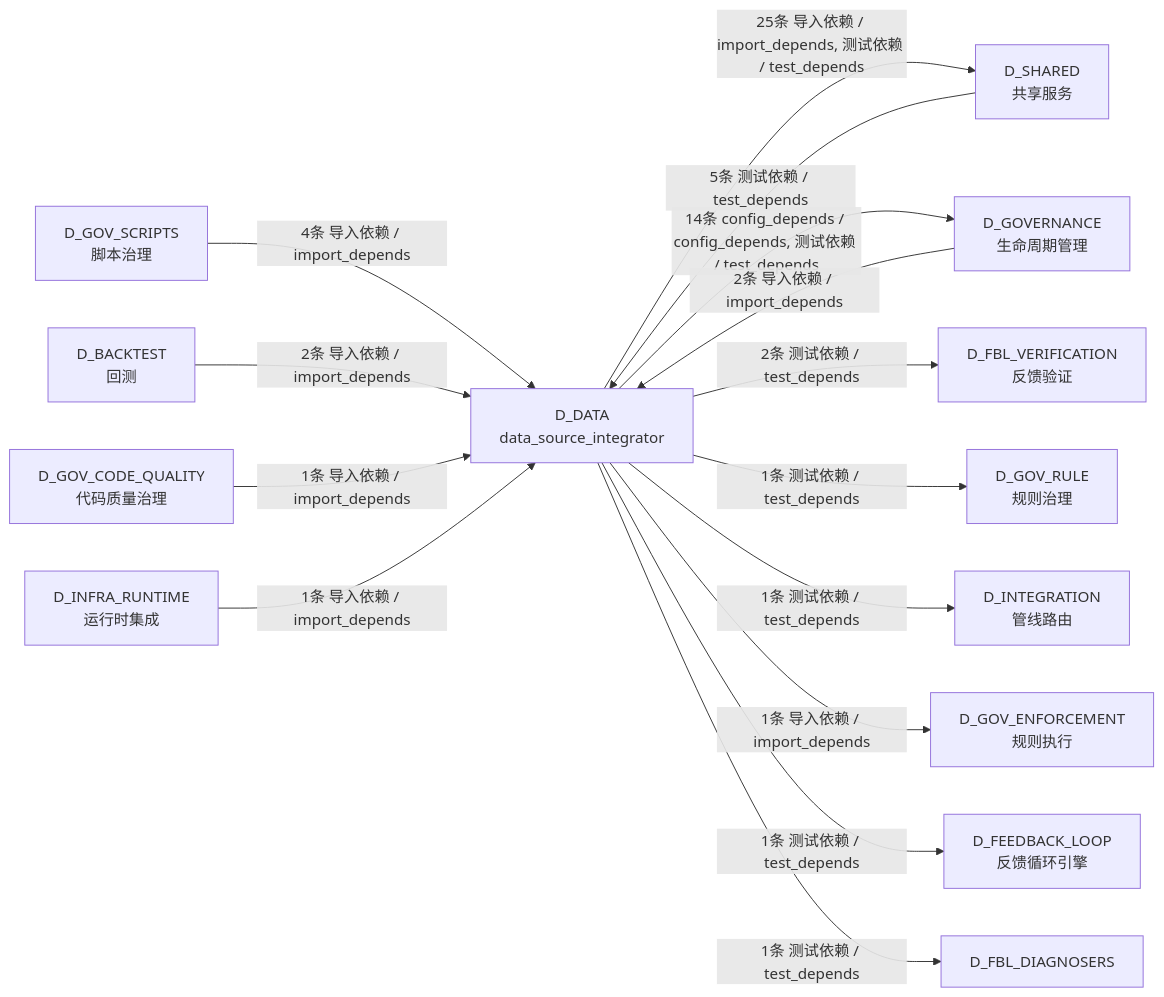
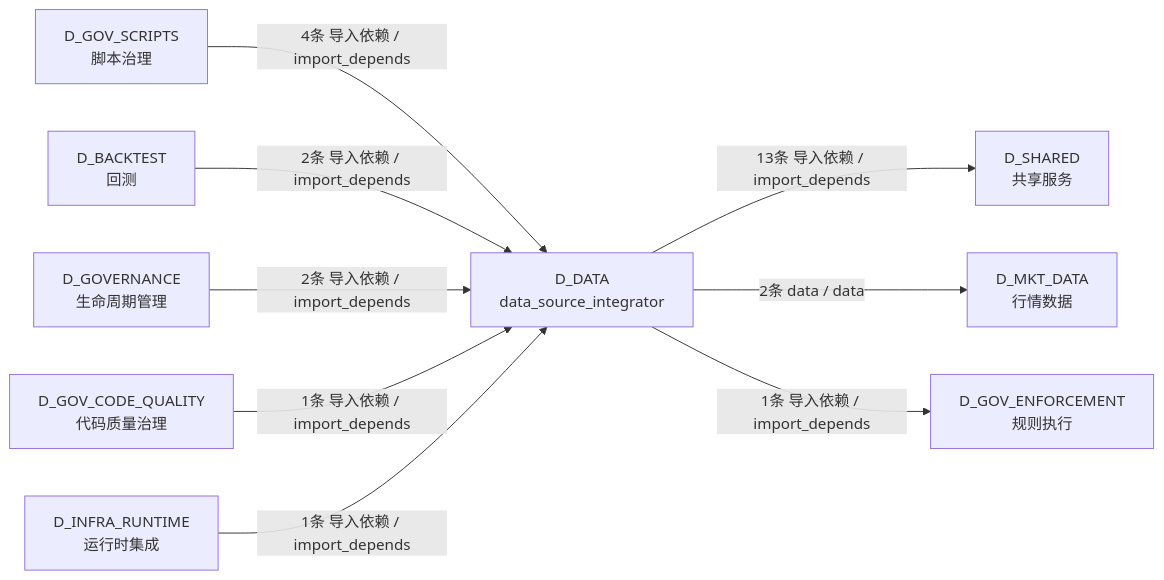
The fifth of 5 diagrams in docs/02_enterprise_architecture/02_domain_architecture_docs/61_d_data.md (xuanFelixVan/ZephyrAlpha), drawn with Mermaid before and after one commit. The commit also changed other lines of this file and 126 other files, not shown here.

````diff
--- a/docs/02_enterprise_architecture/02_domain_architecture_docs/61_d_data.md
+++ b/docs/02_enterprise_architecture/02_domain_architecture_docs/61_d_data.md
@@ -636,30 +491,20 @@
 ```mermaid
 graph LR
     D_DATA["D_DATA<br/>data_source_integrator"]
     D_SHARED["D_SHARED<br/>共享服务"]
-    D_GOVERNANCE["D_GOVERNANCE<br/>生命周期管理"]
-    D_FBL_VERIFICATION["D_FBL_VERIFICATION<br/>反馈验证"]
-    D_GOV_RULE["D_GOV_RULE<br/>规则治理"]
-    D_INTEGRATION["D_INTEGRATION<br/>管线路由"]
+    D_MKT_DATA["D_MKT_DATA<br/>行情数据"]
     D_GOV_ENFORCEMENT["D_GOV_ENFORCEMENT<br/>规则执行"]
-    D_FEEDBACK_LOOP["D_FEEDBACK_LOOP<br/>反馈循环引擎"]
-    D_FBL_DIAGNOSERS["D_FBL_DIAGNOSERS"]
     D_GOV_SCRIPTS["D_GOV_SCRIPTS<br/>脚本治理"]
     D_BACKTEST["D_BACKTEST<br/>回测"]
+    D_GOVERNANCE["D_GOVERNANCE<br/>生命周期管理"]
     D_GOV_CODE_QUALITY["D_GOV_CODE_QUALITY<br/>代码质量治理"]
     D_INFRA_RUNTIME["D_INFRA_RUNTIME<br/>运行时集成"]
-    D_DATA -->|25条 导入依赖 / import_depends, 测试依赖 / test_depends| D_SHARED
-    D_DATA -->|14条 config_depends / config_depends, 测试依赖 / test_depends| D_GOVERNANCE
-    D_DATA -->|2条 测试依赖 / test_depends| D_FBL_VERIFICATION
-    D_DATA -->|1条 测试依赖 / test_depends| D_GOV_RULE
-    D_DATA -->|1条 测试依赖 / test_depends| D_INTEGRATION
+    D_DATA -->|13条 导入依赖 / import_depends| D_SHARED
+    D_DATA -->|2条 data / data| D_MKT_DATA
     D_DATA -->|1条 导入依赖 / import_depends| D_GOV_ENFORCEMENT
-    D_DATA -->|1条 测试依赖 / test_depends| D_FEEDBACK_LOOP
-    D_DATA -->|1条 测试依赖 / test_depends| D_FBL_DIAGNOSERS
-    D_SHARED -->|5条 测试依赖 / test_depends| D_DATA
     D_GOV_SCRIPTS -->|4条 导入依赖 / import_depends| D_DATA
     D_BACKTEST -->|2条 导入依赖 / import_depends| D_DATA
     D_GOVERNANCE -->|2条 导入依赖 / import_depends| D_DATA
     D_GOV_CODE_QUALITY -->|1条 导入依赖 / import_depends| D_DATA
     D_INFRA_RUNTIME -->|1条 导入依赖 / import_depends| D_DATA
 ```
````
